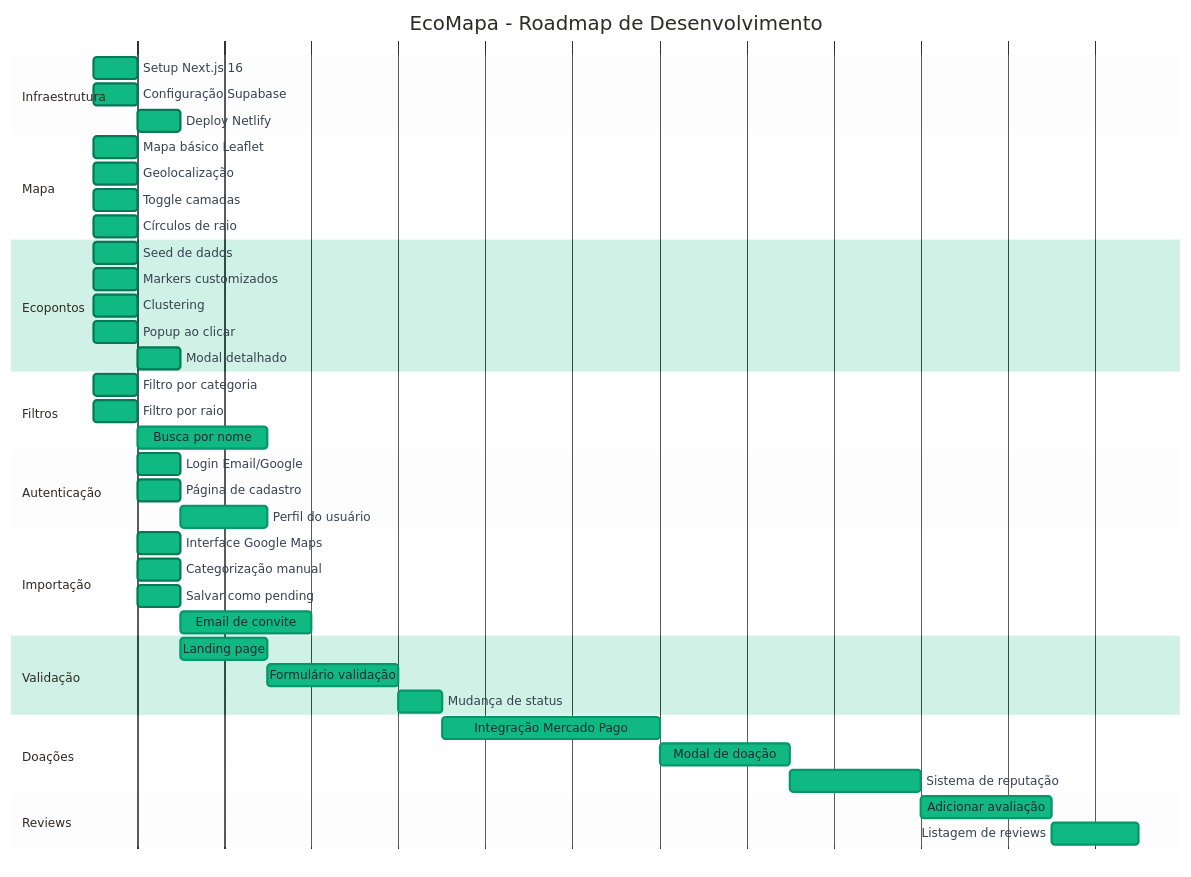
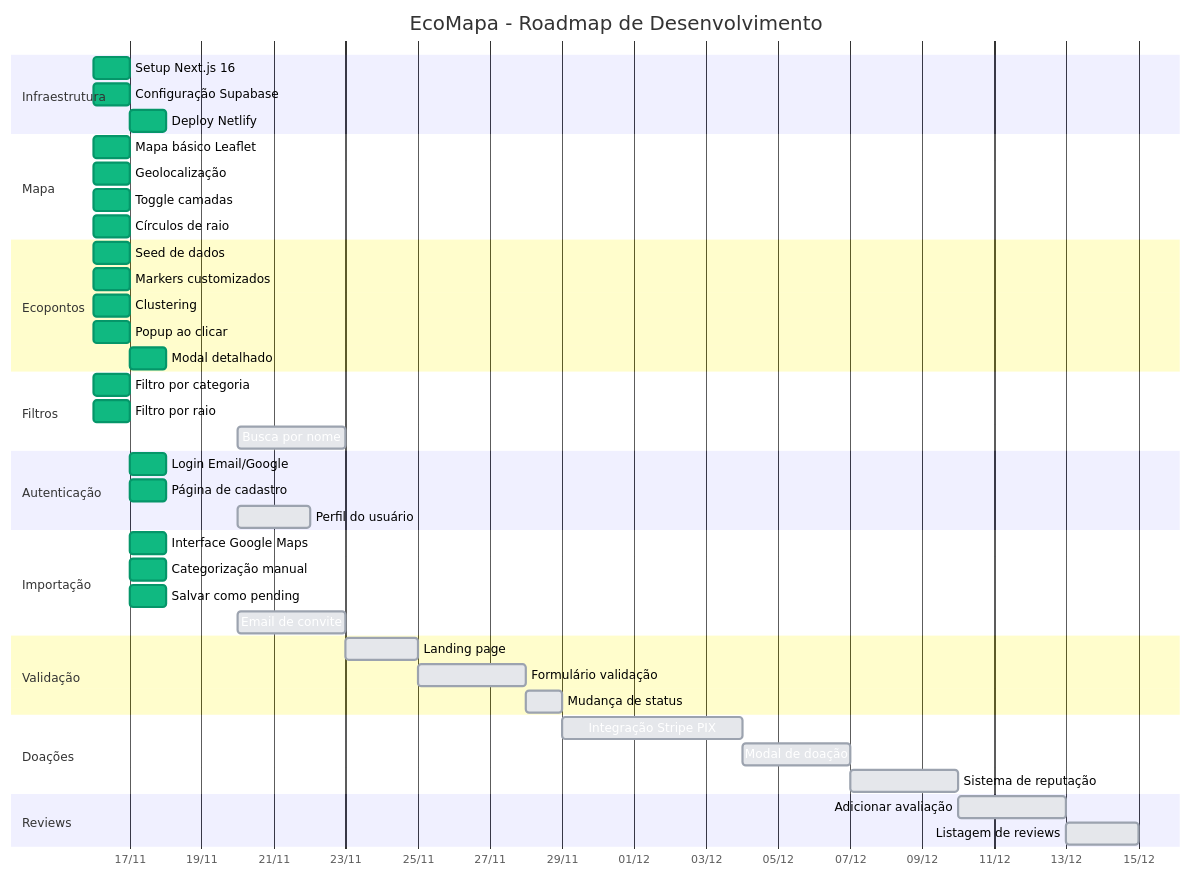
One commit to julioholon/ecomapa changed the diagram in TODO.md. Above: the diagram before and after it, drawn with Mermaid. The commit also changed other lines of this file, not shown here.

````diff
--- a/TODO.md
+++ b/TODO.md
@@ -1171,74 +1172,67 @@
 ```mermaid
 %%{init: {
-  'theme': 'base',
+  'theme': 'default',
   'themeVariables': {
-    'primaryColor': '#10b981',
-    'primaryTextColor': '#ffffff',
-    'primaryBorderColor': '#059669',
-    'lineColor': '#6b7280',
-    'secondaryColor': '#3b82f6',
-    'tertiaryColor': '#d1d5db',
-    'taskTextColor': '#1f2937',
-    'taskTextOutsideColor': '#374151',
+    'primaryColor': '#9ca3af',
+    'primaryBorderColor': '#6b7280',
     'doneTaskBkgColor': '#10b981',
-    'doneTaskBorderColor': '#047857',
+    'doneTaskBorderColor': '#059669',
     'activeTaskBkgColor': '#3b82f6',
-    'activeTaskBorderColor': '#1d4ed8',
-    'gridColor': '#e5e7eb',
-    'todayLineColor': '#ef4444',
-    'sectionBkgColor': '#f3f4f6'
+    'activeTaskBorderColor': '#2563eb',
+    'taskBkgColor': '#e5e7eb',
+    'taskBorderColor': '#9ca3af'
   }
 }}%%
 gantt
     title EcoMapa - Roadmap de Desenvolvimento
     dateFormat  YYYY-MM-DD
     axisFormat %d/%m
 
     section Infraestrutura
     Setup Next.js 16           :done, infra1, 2024-11-16, 1d
     Configuração Supabase      :done, infra2, 2024-11-16, 1d
     Deploy Netlify             :done, infra3, 2024-11-17, 1d
 
     section Mapa
     Mapa básico Leaflet        :done, map1, 2024-11-16, 1d
     Geolocalização             :done, map2, 2024-11-16, 1d
     Toggle camadas             :done, map3, 2024-11-16, 1d
     Círculos de raio           :done, map4, 2024-11-16, 1d
 
     section Ecopontos
     Seed de dados              :done, point1, 2024-11-16, 1d
     Markers customizados       :done, point2, 2024-11-16, 1d
     Clustering                 :done, point3, 2024-11-16, 1d
     Popup ao clicar            :done, point4, 2024-11-16, 1d
     Modal detalhado            :done, point5, 2024-11-17, 1d
 
     section Filtros
     Filtro por categoria       :done, filter1, 2024-11-16, 1d
     Filtro por raio            :done, filter2, 2024-11-16, 1d
-    Busca por nome             :        filter3, after filter2, 3d
+    Busca por nome             :filter3, 2024-11-20, 3d
 
     section Autenticação
     Login Email/Google         :done, auth1, 2024-11-17, 1d
     Página de cadastro         :done, auth2, 2024-11-17, 1d
-    Perfil do usuário          :        auth3, after auth2, 2d
+    Perfil do usuário          :auth3, 2024-11-20, 2d
 
     section Importação
     Interface Google Maps      :done, import1, 2024-11-17, 1d
     Categorização manual       :done, import2, 2024-11-17, 1d
     Salvar como pending        :done, import3, 2024-11-17, 1d
-    Email de convite           :        import4, after import3, 3d
+    Email de convite           :import4, 2024-11-20, 3d
 
     section Validação
-    Landing page               :        valid1, after import3, 2d
-    Formulário validação       :        valid2, after valid1, 3d
-    Mudança de status          :        valid3, after valid2, 1d
+    Landing page               :valid1, 2024-11-23, 2d
+    Formulário validação       :valid2, 2024-11-25, 3d
+    Mudança de status          :valid3, 2024-11-28, 1d
 
     section Doações
-    Integração Mercado Pago    :        donation1, after valid3, 5d
-    Modal de doação            :        donation2, after donation1, 3d
-    Sistema de reputação       :        donation3, after donation2, 3d
+    Integração Stripe PIX      :donation1, 2024-11-29, 5d
+    Modal de doação            :donation2, 2024-12-04, 3d
+    Sistema de reputação       :donation3, 2024-12-07, 3d
 
     section Reviews
-    Adicionar avaliação        :        review1, after donation3, 3d
-    Listagem de reviews        :        review2, after review1, 2d
+    Adicionar avaliação        :review1, 2024-12-10, 3d
+    Listagem de reviews        :review2, 2024-12-13, 2d
 ```
````
